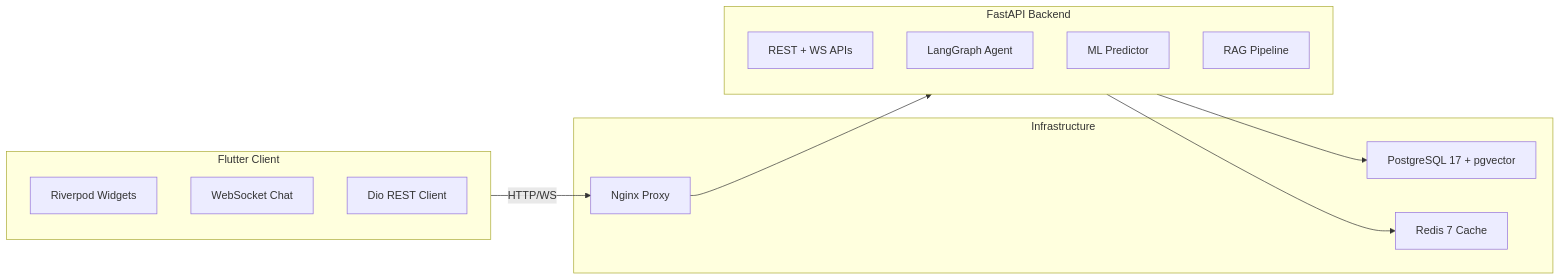
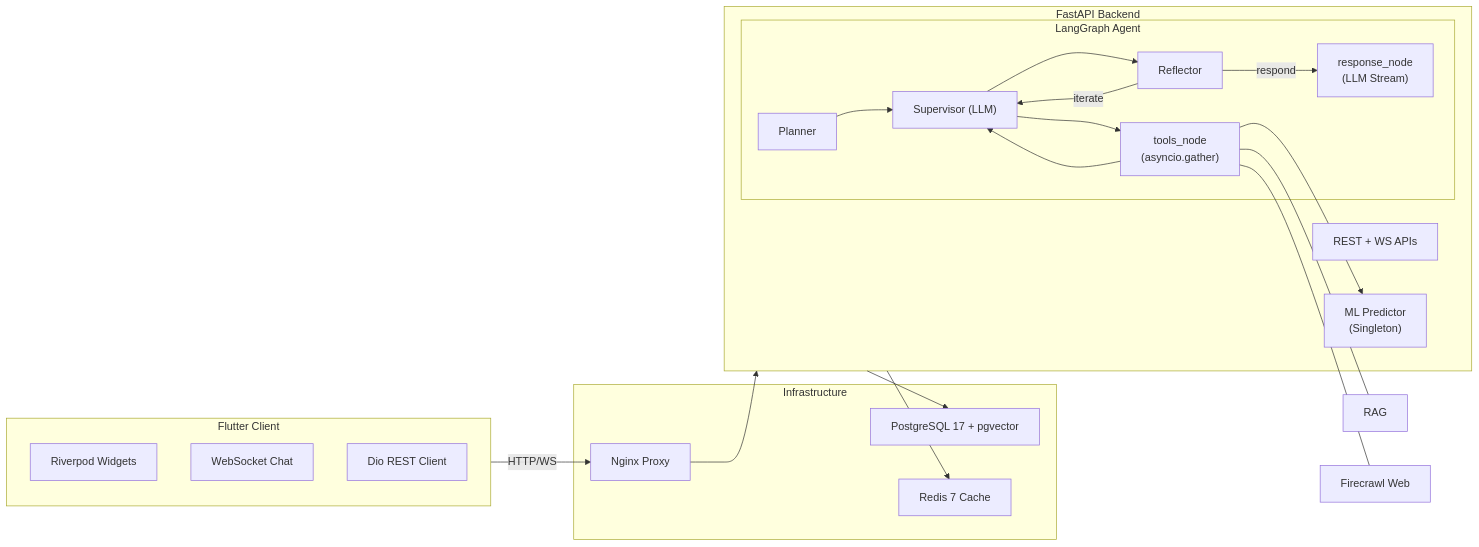
The diagram in README.md (misbahul45/eduLearn), drawn with Mermaid before and after one commit. The commit also changed other lines of this file and 3 other files, not shown here.

````diff
--- a/README.md
+++ b/README.md
@@ -7,26 +7,37 @@
 ```mermaid
 flowchart LR
     subgraph Client ["Flutter Client"]
         UI["Riverpod Widgets"]
         WS["WebSocket Chat"]
         REST["Dio REST Client"]
     end
 
     subgraph Infra ["Infrastructure"]
         Nginx["Nginx Proxy"]
         PG["PostgreSQL 17 + pgvector"]
         Redis["Redis 7 Cache"]
     end
 
     subgraph Server ["FastAPI Backend"]
         API["REST + WS APIs"]
-        AGENT["LangGraph Agent"]
-        ML["ML Predictor"]
-        RAG["RAG Pipeline"]
+        subgraph Agent ["LangGraph Agent"]
+            PLAN["Planner"]
+            SUP["Supervisor (LLM)"]
+            TOOLS["tools_node<br/>(asyncio.gather)"]
+            REFL["Reflector"]
+            RESP["response_node<br/>(LLM Stream)"]
+        end
+        ML["ML Predictor<br/>(Singleton)"]
     end
 
     Client -->|HTTP/WS| Nginx
     Nginx --> Server
     Server --> PG
     Server --> Redis
+    PLAN --> SUP --> TOOLS --> SUP
+    SUP --> REFL -->|iterate| SUP
+    REFL -->|respond| RESP
+    TOOLS --> ML
+    TOOLS --- RAG
+    TOOLS --- FC["Firecrawl Web"]
 ```
````
